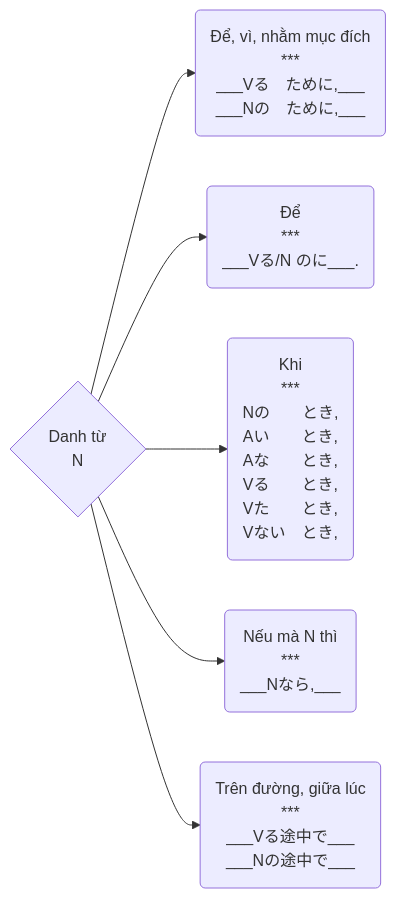
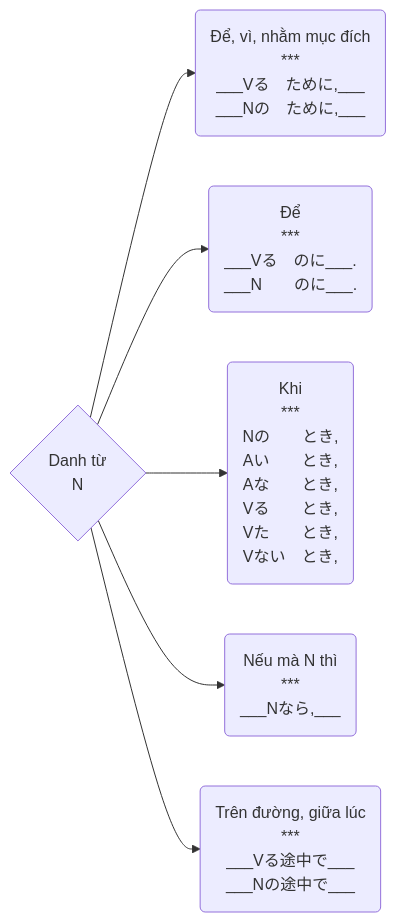
The diagram in Danh_Tu.md (tea1504/learn), drawn with Mermaid before and after one commit. The commit also changed 12 other files, not shown here.

````diff
--- a/Danh_Tu.md
+++ b/Danh_Tu.md
@@ -1,10 +1,10 @@
 ```mermaid
 graph LR;
     N{Danh từ\nN}
 
     N-->nhamMucDich(Để, vì, nhằm mục đích\n***\n___Vる　ために,___\n___Nの　ために,___)
-    N-->de(Để\n***\n___Vる/N のに___.)
+    N-->de(Để\n***\n___Vる　のに___.\n___N　　のに___.)
     N-->khi(Khi\n***\nNの　　とき,\nAい　　とき,\nAな　　とき,\nVる　　とき,\nVた　　とき,\nVない　とき,)
     N-->neuMaNThi(Nếu mà N thì\n***\n___Nなら,___)
     N-->trenDuongGiuaLuc(Trên đường, giữa lúc\n***\n___Vる途中で___\n___Nの途中で___)
 ```
````
